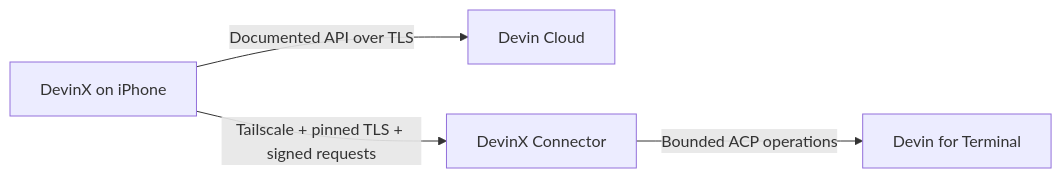
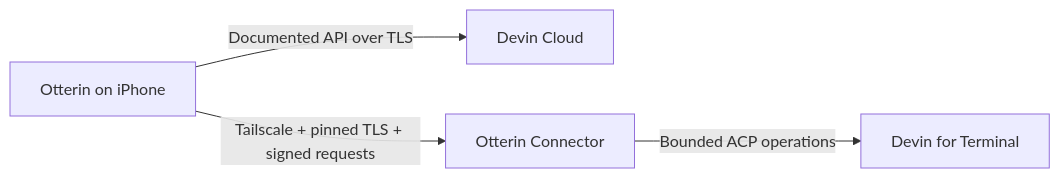
The diagram in README.md (fenner888/Devinx), drawn with Mermaid before and after one commit. The commit also changed other lines of this file and 37 other files, not shown here.

Commit message:
feat(connector): rename Mac app to Otterin Connector (0.1.15) (#104)

````diff
--- a/README.md
+++ b/README.md
@@ -80,6 +80,6 @@
 ```mermaid
 flowchart LR
-    I["DevinX on iPhone"] -->|"Documented API over TLS"| C["Devin Cloud"]
-    I -->|"Tailscale + pinned TLS + signed requests"| X["DevinX Connector"]
+    I["Otterin on iPhone"] -->|"Documented API over TLS"| C["Devin Cloud"]
+    I -->|"Tailscale + pinned TLS + signed requests"| X["Otterin Connector"]
     X -->|"Bounded ACP operations"| T["Devin for Terminal"]
 ```
````
